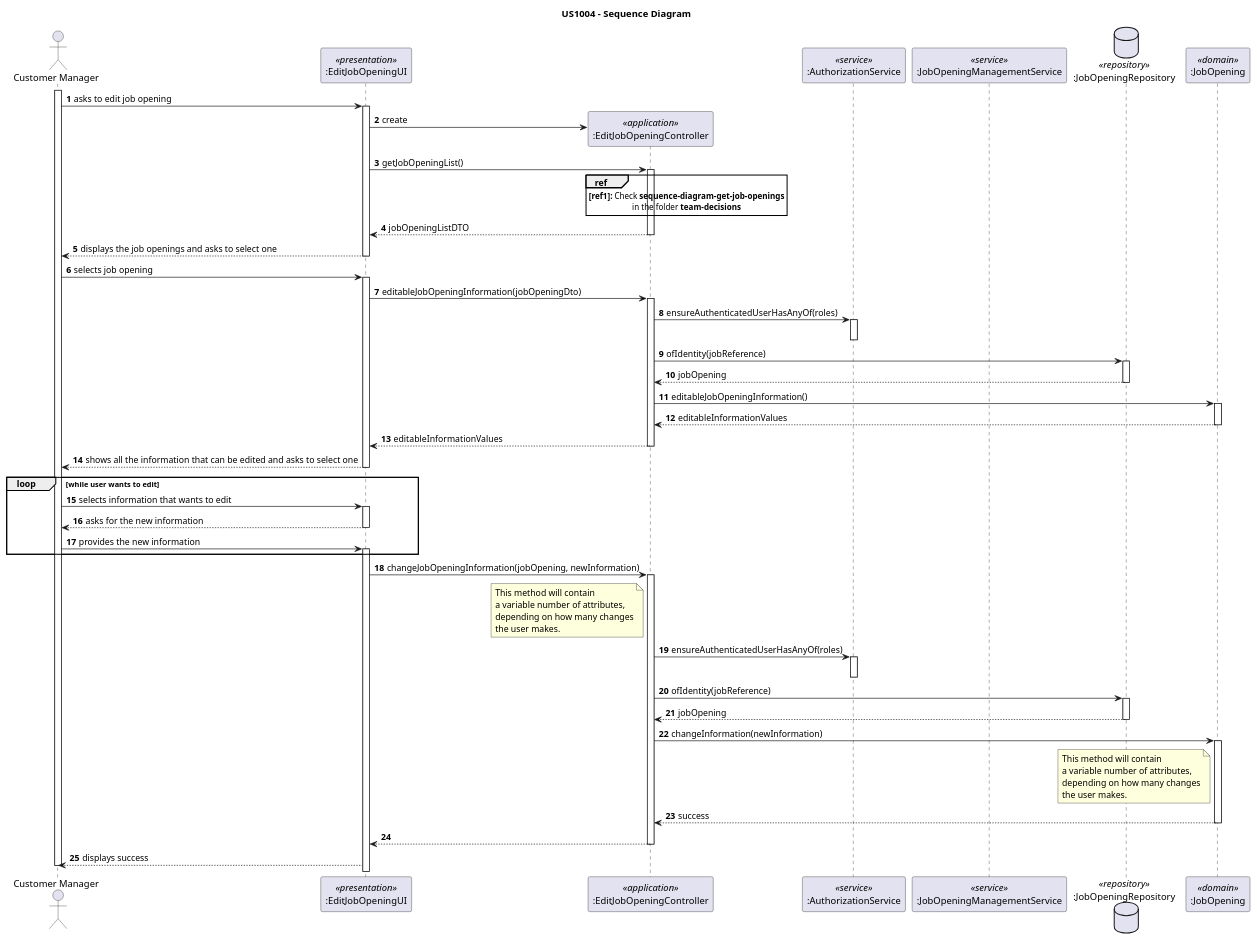
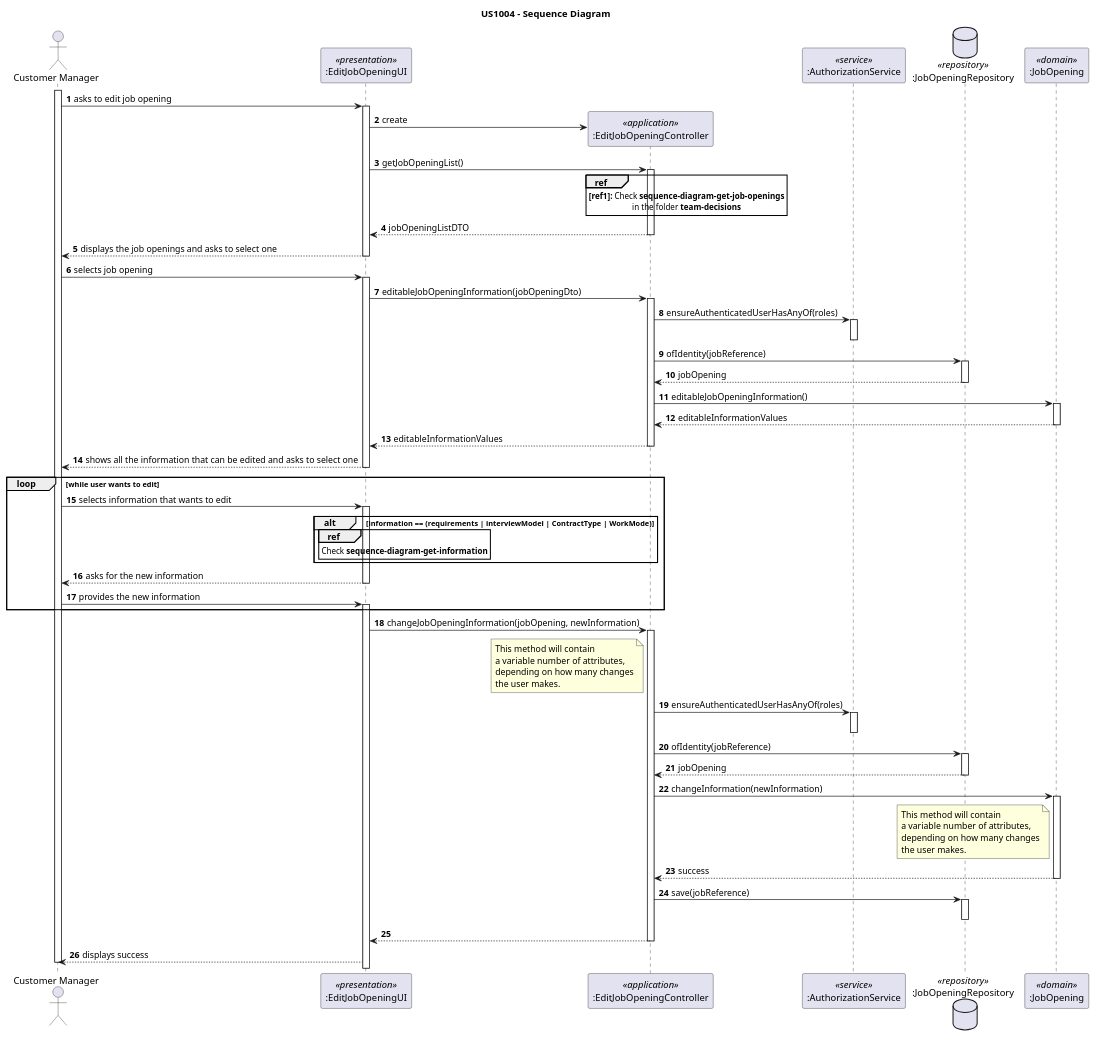
The diagram in docs/sprint-c/us_1004/sequence-diagram.puml (rita-barbosa/LAPR4-2324), drawn with PlantUML before and after one commit. The commit also changed 3 other files, not shown here.

Commit message:
docs: updates sequence diagram of us1004 [#162]

```diff
--- a/docs/sprint-c/us_1004/sequence-diagram.puml
+++ b/docs/sprint-c/us_1004/sequence-diagram.puml
@@ -1,119 +1,129 @@
 @startuml
 'https://plantuml.com/sequence-diagram
 
 title US1004 - Sequence Diagram
 
 autonumber
 
 actor "Customer Manager" as USER
 participant ":EditJobOpeningUI" as UI <<presentation>>
 participant ":EditJobOpeningController" as CTRL <<application>>
 participant ":AuthorizationService" as AUTHZ <<service>>
-participant ":JobOpeningManagementService" as JOMS <<service>>
 database ":JobOpeningRepository" as JO_REPO <<repository>>
 participant ":JobOpening" as JO <<domain>>
 
 activate USER
 
 USER -> UI : asks to edit job opening
 activate UI
 
 UI -> CTRL**: create
 
 UI -> CTRL : getJobOpeningList()
 activate CTRL
 
 ref over CTRL
 **[ref1]:** Check **sequence-diagram-get-job-openings**
 in the folder **team-decisions**
 end ref
 
 CTRL --> UI: jobOpeningListDTO
 deactivate CTRL
 
 UI --> USER : displays the job openings and asks to select one
 deactivate UI
 
 
 USER -> UI : selects job opening
 activate UI
 
     UI -> CTRL: editableJobOpeningInformation(jobOpeningDto)
     activate CTRL
 
     CTRL -> AUTHZ:  ensureAuthenticatedUserHasAnyOf(roles)
     activate AUTHZ
     deactivate AUTHZ
 
     CTRL -> JO_REPO: ofIdentity(jobReference)
     activate JO_REPO
 
     JO_REPO --> CTRL: jobOpening
     deactivate JO_REPO
 
     CTRL -> JO : editableJobOpeningInformation()
     activate JO
 
     JO --> CTRL: editableInformationValues
     deactivate JO
 
     CTRL --> UI: editableInformationValues
     deactivate CTRL
 
 
 UI --> USER : shows all the information that can be edited and asks to select one
 deactivate UI
 
 loop while user wants to edit
-USER -> UI : selects information that wants to edit
-activate UI
+    USER -> UI : selects information that wants to edit
+    activate UI
 
-UI --> USER : asks for the new information
-deactivate UI
+    alt information == (requirements | interviewModel | ContractType | WorkMode)
 
-USER -> UI: provides the new information
-activate UI
+        ref over UI
+            Check **sequence-diagram-get-information**
+        end ref
+    end alt
+
+    UI --> USER : asks for the new information
+    deactivate UI
+
+    USER -> UI: provides the new information
+    activate UI
 end loop
 
     UI -> CTRL: changeJobOpeningInformation(jobOpening, newInformation)
     activate CTRL
 
         note left CTRL
         This method will contain
         a variable number of attributes,
         depending on how many changes
         the user makes.
         end note
 
     CTRL -> AUTHZ:  ensureAuthenticatedUserHasAnyOf(roles)
     activate AUTHZ
     deactivate AUTHZ
 
     CTRL -> JO_REPO: ofIdentity(jobReference)
     activate JO_REPO
 
     JO_REPO --> CTRL: jobOpening
     deactivate JO_REPO
 
     CTRL -> JO: changeInformation(newInformation)
     activate JO
 
         note left JO
         This method will contain
         a variable number of attributes,
         depending on how many changes
         the user makes.
         end note
 
     JO --> CTRL: success
     deactivate JO
 
+    CTRL -> JO_REPO: save(jobReference)
+    activate JO_REPO
+    deactivate JO_REPO
+
 CTRL --> UI:
 deactivate CTRL
 
 UI --> USER: displays success
 
 deactivate USER
 
 
 @enduml
```
